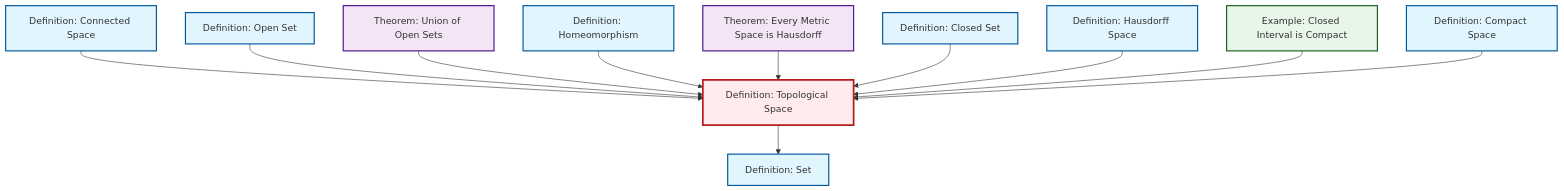
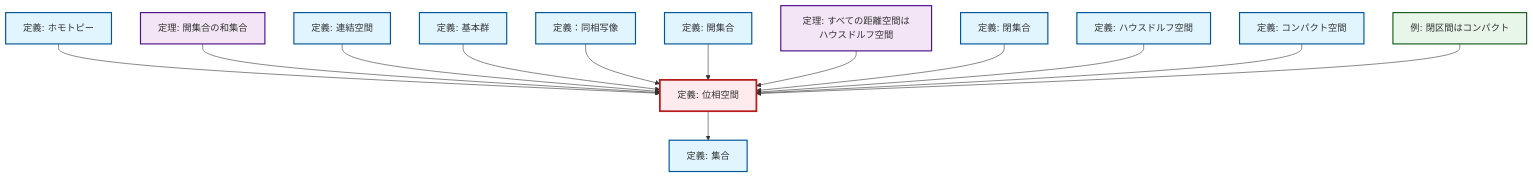
One commit to RK0429/ModernMath changed the diagram in content/ja/topology/def-topological-space.qmd. Above: the diagram before and after it, drawn with Mermaid. The commit also changed 1069 other files, not shown here.

````diff
--- a/content/ja/topology/def-topological-space.qmd
+++ b/content/ja/topology/def-topological-space.qmd
@@ -61,41 +61,47 @@
 ```{mermaid}
 %%| fig-cap: "Local dependency graph"
 graph TD
     classDef definition fill:#e1f5fe,stroke:#01579b,stroke-width:2px
     classDef theorem fill:#f3e5f5,stroke:#4a148c,stroke-width:2px
     classDef axiom fill:#fff3e0,stroke:#e65100,stroke-width:2px
     classDef example fill:#e8f5e9,stroke:#1b5e20,stroke-width:2px
     classDef current fill:#ffebee,stroke:#b71c1c,stroke-width:3px
-    def-set["Definition: Set"]:::definition
-    def-connected["Definition: Connected Space"]:::definition
-    thm-union-open-sets["Theorem: Union of Open Sets"]:::theorem
-    ex-closed-interval-compact["Example: Closed Interval is Compact"]:::example
-    def-open-set["Definition: Open Set"]:::definition
-    def-closed-set["Definition: Closed Set"]:::definition
-    def-hausdorff["Definition: Hausdorff Space"]:::definition
-    def-homeomorphism["Definition: Homeomorphism"]:::definition
-    def-compact["Definition: Compact Space"]:::definition
-    thm-metric-hausdorff["Theorem: Every Metric Space is Hausdorff"]:::theorem
-    def-topological-space["Definition: Topological Space"]:::definition
+    thm-metric-hausdorff["定理: すべての距離空間はハウスドルフ空間"]:::theorem
+    def-set["定義: 集合"]:::definition
+    def-fundamental-group["定義: 基本群"]:::definition
+    def-homeomorphism["定義：同相写像"]:::definition
+    def-connected["定義: 連結空間"]:::definition
+    def-hausdorff["定義: ハウスドルフ空間"]:::definition
+    def-homotopy["定義: ホモトピー"]:::definition
+    ex-closed-interval-compact["例: 閉区間はコンパクト"]:::example
+    def-topological-space["定義: 位相空間"]:::definition
+    thm-union-open-sets["定理: 開集合の和集合"]:::theorem
+    def-closed-set["定義: 閉集合"]:::definition
+    def-open-set["定義: 開集合"]:::definition
+    def-compact["定義: コンパクト空間"]:::definition
+    def-homotopy --> def-topological-space
+    thm-union-open-sets --> def-topological-space
     def-connected --> def-topological-space
+    def-fundamental-group --> def-topological-space
+    def-homeomorphism --> def-topological-space
     def-topological-space --> def-set
     def-open-set --> def-topological-space
-    thm-union-open-sets --> def-topological-space
-    def-homeomorphism --> def-topological-space
     thm-metric-hausdorff --> def-topological-space
     def-closed-set --> def-topological-space
     def-hausdorff --> def-topological-space
+    def-compact --> def-topological-space
     ex-closed-interval-compact --> def-topological-space
-    def-compact --> def-topological-space
     class def-topological-space current
-    click def-set "def-set.html" "Definition: Setへ"
-    click def-connected "def-connected.html" "Definition: Connected Spaceへ"
-    click thm-union-open-sets "thm-union-open-sets.html" "Theorem: Union of Open Setsへ"
-    click ex-closed-interval-compact "ex-closed-interval-compact.html" "Example: Closed Interval is Compactへ"
-    click def-open-set "def-open-set.html" "Definition: Open Setへ"
-    click def-closed-set "def-closed-set.html" "Definition: Closed Setへ"
-    click def-hausdorff "def-hausdorff.html" "Definition: Hausdorff Spaceへ"
-    click def-homeomorphism "def-homeomorphism.html" "Definition: Homeomorphismへ"
-    click def-compact "def-compact.html" "Definition: Compact Spaceへ"
-    click thm-metric-hausdorff "thm-metric-hausdorff.html" "Theorem: Every Metric Space is Hausdorffへ"
+    click thm-metric-hausdorff "thm-metric-hausdorff.html" "すべての距離空間はハウスドルフ空間の定理へ"
+    click def-set "def-set.html" "集合の定義へ"
+    click def-fundamental-group "def-fundamental-group.html" "基本群の定義へ"
+    click def-homeomorphism "def-homeomorphism.html" "定義：同相写像へ"
+    click def-connected "def-connected.html" "連結空間の定義へ"
+    click def-hausdorff "def-hausdorff.html" "ハウスドルフ空間の定義へ"
+    click def-homotopy "def-homotopy.html" "ホモトピーの定義へ"
+    click ex-closed-interval-compact "ex-closed-interval-compact.html" "閉区間はコンパクトの例へ"
+    click thm-union-open-sets "thm-union-open-sets.html" "開集合の和集合の定理へ"
+    click def-closed-set "def-closed-set.html" "閉集合の定義へ"
+    click def-open-set "def-open-set.html" "開集合の定義へ"
+    click def-compact "def-compact.html" "コンパクト空間の定義へ"
 ```
````
